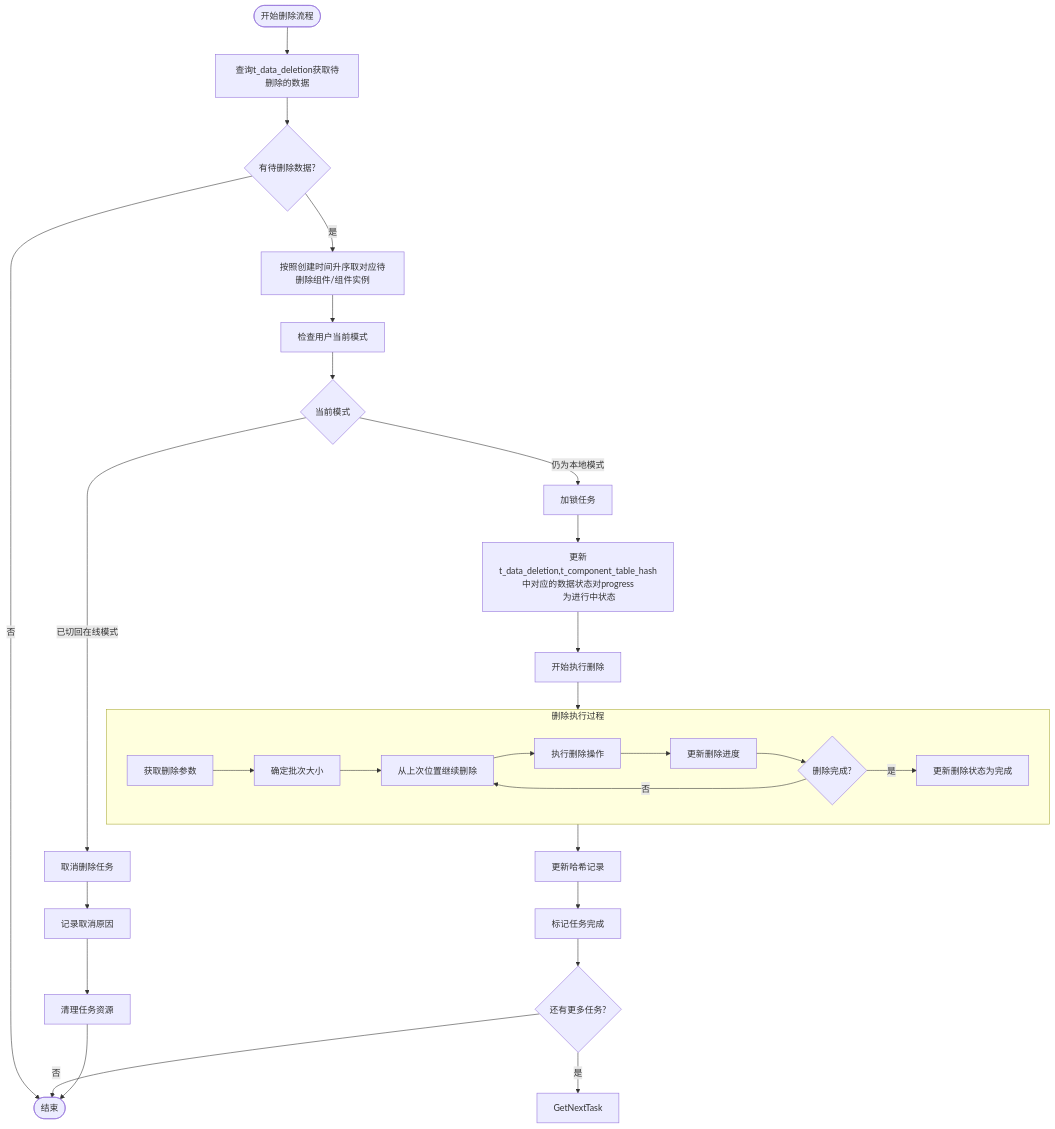
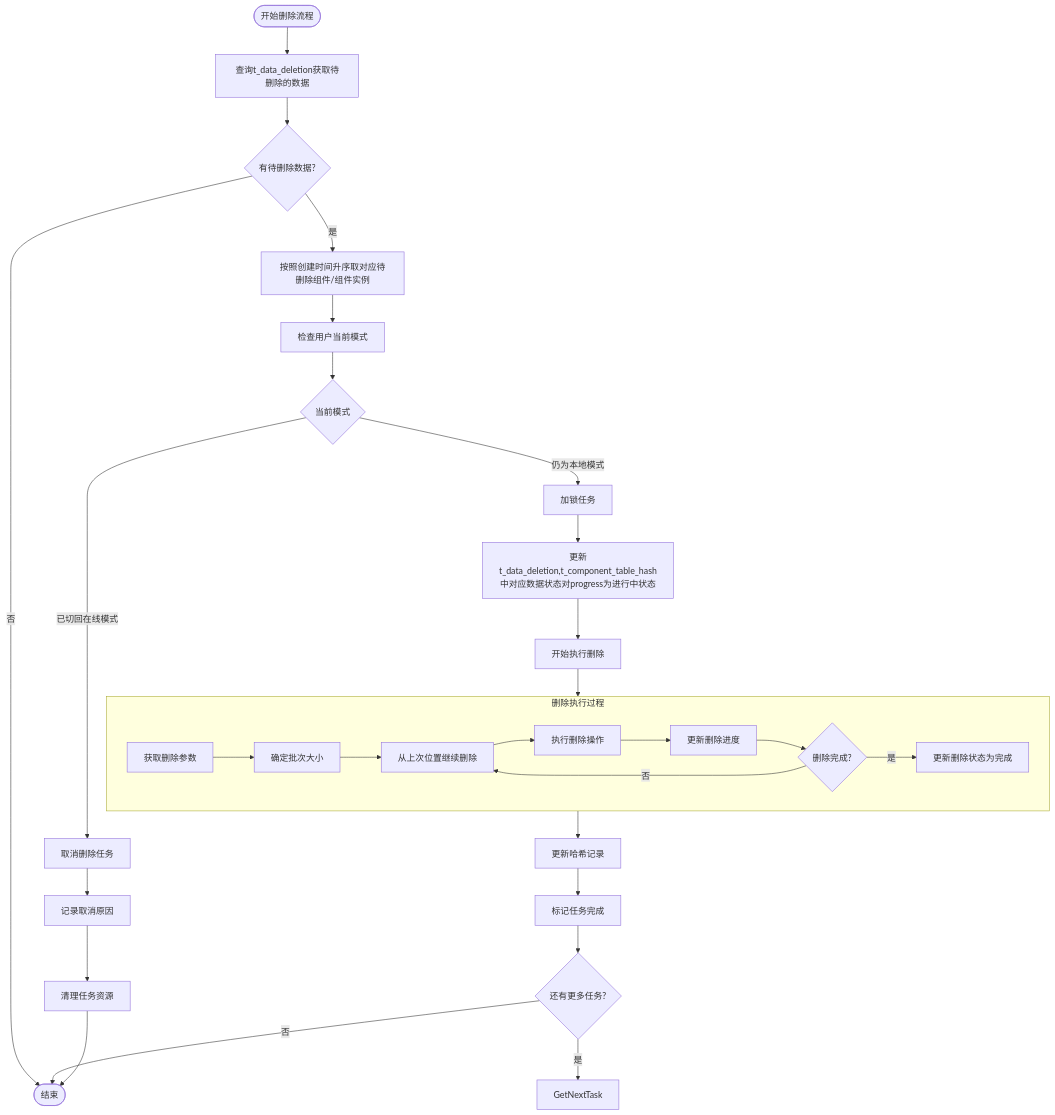
One commit to yingjianzh/iodraw-files changed the diagram in all/未命名-51.md. Above: the diagram before and after it, drawn with Mermaid.

Commit message:
2025-05-08 15:29:08 update

````diff
--- a/all/未命名-51.md
+++ b/all/未命名-51.md
@@ -1,42 +1,41 @@
 ```mermaid
 flowchart TD
     Start([开始删除流程]) --> FetchTasks[查询t_data_deletion获取待删除的数据]
     FetchTasks --> HasTasks{有待删除数据?}
     
     HasTasks -->|否| End([结束])
     HasTasks -->|是| PrioritizeTasks[按照创建时间升序取对应待删除组件/组件实例]
     
     PrioritizeTasks --> CheckUserMode[检查用户当前模式]
     
     CheckUserMode --> CurrentMode{当前模式}
     CurrentMode -->|已切回在线模式| TaskCancel[取消删除任务]
     CurrentMode -->|仍为本地模式| LockTask[加锁任务]
     
-    LockTask --> UpdateStatus[更新t_data_deletion,t_component_table_hash中对应的数据状态对progress
-          为进行中状态]
+    LockTask --> UpdateStatus[更新t_data_deletion,t_component_table_hash中对应数据状态对progress为进行中状态]
     UpdateStatus --> BeginDeletion[开始执行删除]
     
     subgraph DeletionProcess [删除执行过程]
         A[获取删除参数] --> B[确定批次大小]
         B --> C[从上次位置继续删除]
         C --> D[执行删除操作]
         D --> E[更新删除进度]
         E --> F{删除完成?}
         F -->|否| C
         F -->|是| G[更新删除状态为完成]
     end
     
     BeginDeletion --> DeletionProcess
     
     DeletionProcess --> UpdateHashRecord[更新哈希记录]
     UpdateHashRecord --> MarkCompleted[标记任务完成]
     
     TaskCancel --> LogCancellation[记录取消原因]
     LogCancellation --> CleanupTask[清理任务资源]
     
     MarkCompleted --> CheckMoreTasks{还有更多任务?}
     CheckMoreTasks -->|是| GetNextTask
     CheckMoreTasks -->|否| End
     
     CleanupTask --> End
 ```
````
